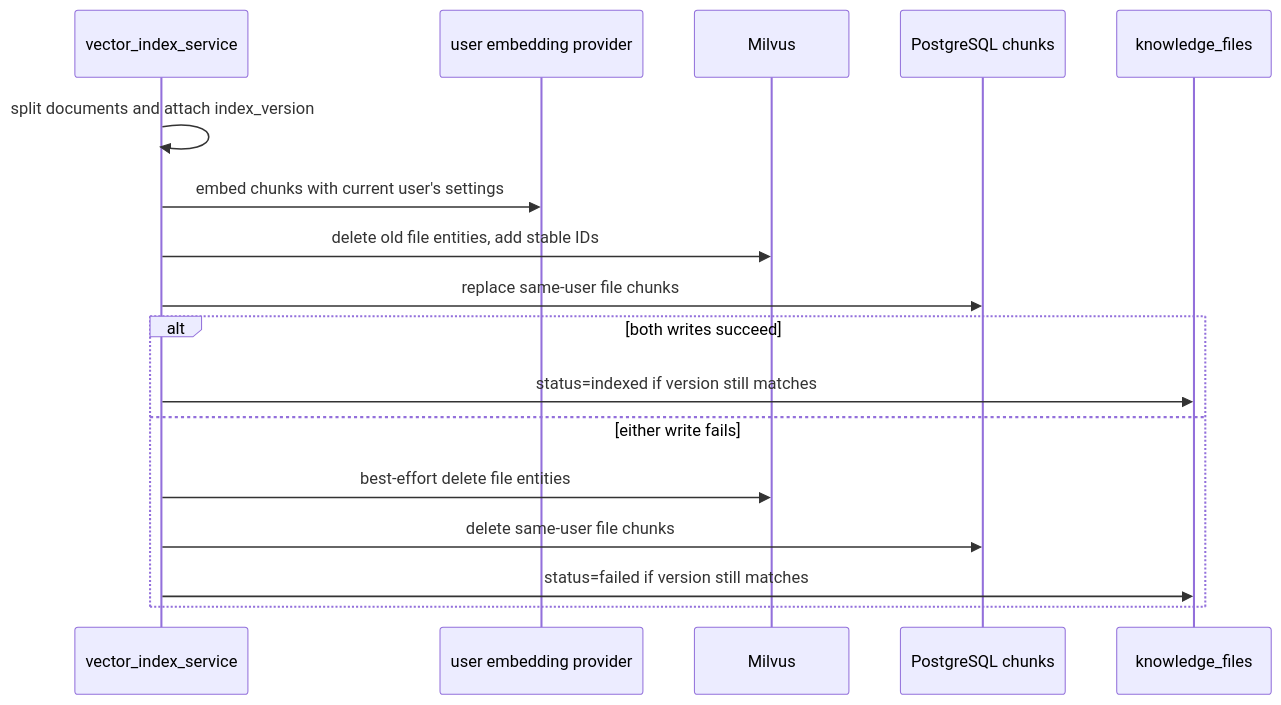
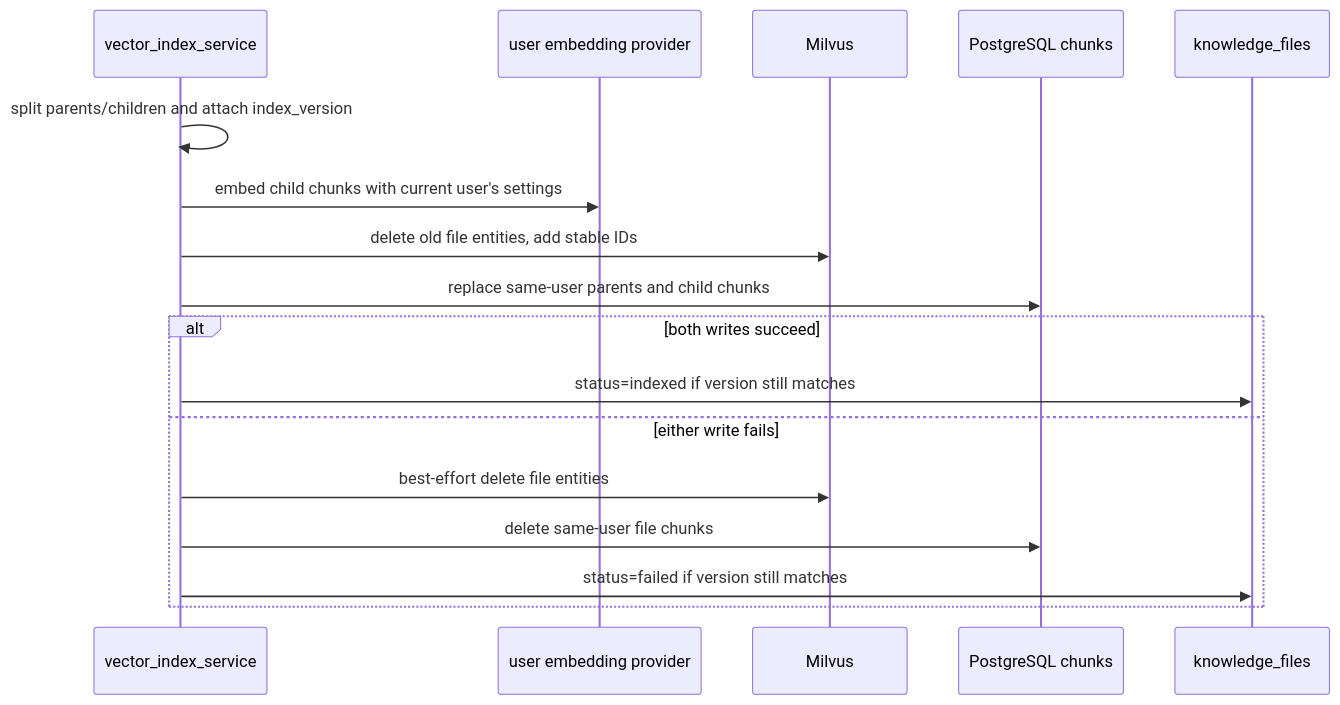
The sixth of 6 diagrams in docs/tutorials/FILE_INGESTION_AND_INDEXING.md (Looball/firstRag), drawn with Mermaid before and after one commit. The commit also changed other lines of this file and 20 other files, not shown here.

````diff
--- a/docs/tutorials/FILE_INGESTION_AND_INDEXING.md
+++ b/docs/tutorials/FILE_INGESTION_AND_INDEXING.md
@@ -463,20 +463,20 @@
 ```mermaid
 sequenceDiagram
     participant Indexer as vector_index_service
     participant Embed as user embedding provider
     participant Vector as Milvus
     participant PG as PostgreSQL chunks
     participant File as knowledge_files
 
-    Indexer->>Indexer: split documents and attach index_version
-    Indexer->>Embed: embed chunks with current user's settings
+    Indexer->>Indexer: split parents/children and attach index_version
+    Indexer->>Embed: embed child chunks with current user's settings
     Indexer->>Vector: delete old file entities, add stable IDs
-    Indexer->>PG: replace same-user file chunks
+    Indexer->>PG: replace same-user parents and child chunks
     alt both writes succeed
         Indexer->>File: status=indexed if version still matches
     else either write fails
         Indexer->>Vector: best-effort delete file entities
         Indexer->>PG: delete same-user file chunks
         Indexer->>File: status=failed if version still matches
     end
 ```
````
